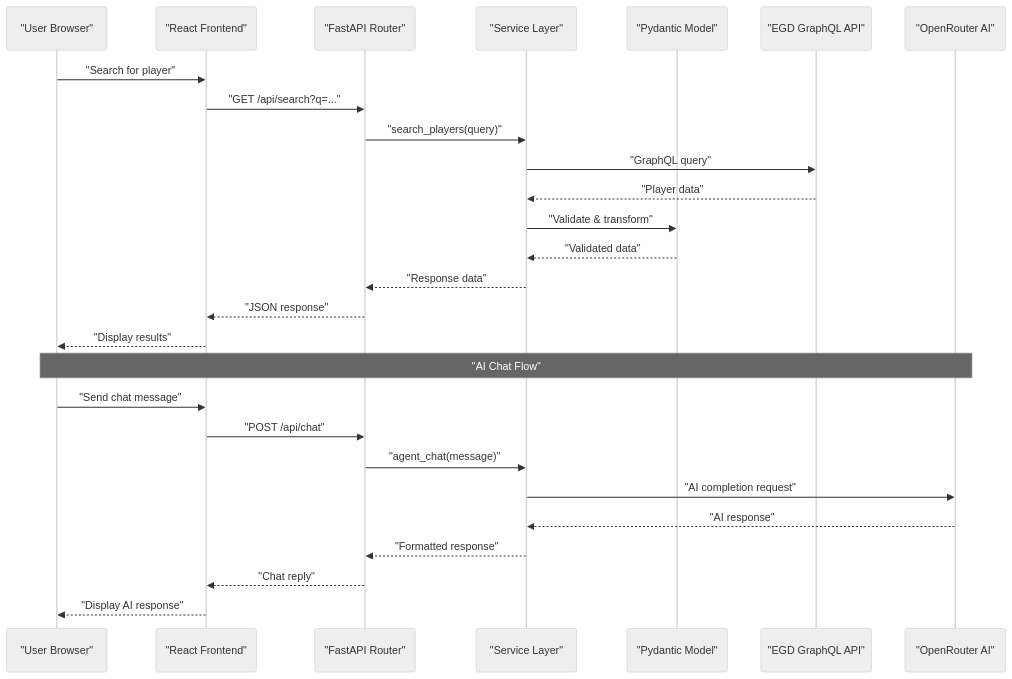
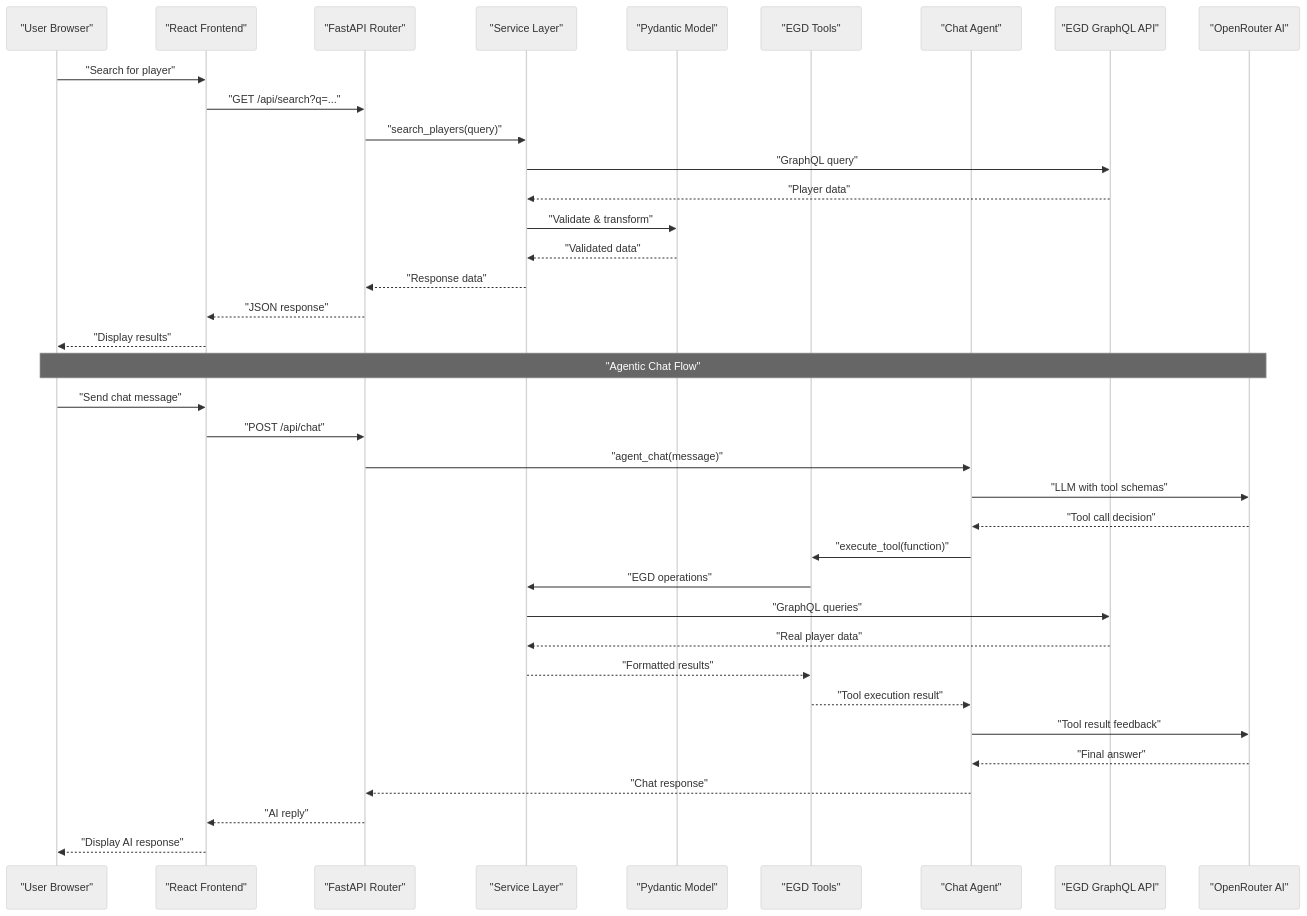
One commit to Ragnar1999/GoNow changed the second of 3 diagrams in .qoder/repowiki/en/content/Project Overview.md. Above: the diagram before and after it, drawn with Mermaid (neutral theme). The commit also changed other lines of this file and 10 other files, not shown here.

First line of the commit message:
docs: update all documentation with agentic chat, Makefile, and agent design research

````diff
--- a/.qoder/repowiki/en/content/Project Overview.md
+++ b/.qoder/repowiki/en/content/Project Overview.md
@@ -114,29 +125,39 @@
 ```mermaid
 sequenceDiagram
 participant User as "User Browser"
 participant React as "React Frontend"
 participant Router as "FastAPI Router"
 participant Service as "Service Layer"
 participant Model as "Pydantic Model"
+participant Tool as "EGD Tools"
+participant Agent as "Chat Agent"
 participant EGD as "EGD GraphQL API"
 participant OpenRouter as "OpenRouter AI"
 User->>React : "Search for player"
 React->>Router : "GET /api/search?q=..."
 Router->>Service : "search_players(query)"
 Service->>EGD : "GraphQL query"
 EGD-->>Service : "Player data"
 Service->>Model : "Validate & transform"
 Model-->>Service : "Validated data"
 Service-->>Router : "Response data"
 Router-->>React : "JSON response"
 React-->>User : "Display results"
-Note over User,OpenRouter : "AI Chat Flow"
+Note over User,OpenRouter : "Agentic Chat Flow"
 User->>React : "Send chat message"
 React->>Router : "POST /api/chat"
-Router->>Service : "agent_chat(message)"
-Service->>OpenRouter : "AI completion request"
-OpenRouter-->>Service : "AI response"
-Service-->>Router : "Formatted response"
-Router-->>React : "Chat reply"
+Router->>Agent : "agent_chat(message)"
+Agent->>OpenRouter : "LLM with tool schemas"
+OpenRouter-->>Agent : "Tool call decision"
+Agent->>Tool : "execute_tool(function)"
+Tool->>Service : "EGD operations"
+Service->>EGD : "GraphQL queries"
+EGD-->>Service : "Real player data"
+Service-->>Tool : "Formatted results"
+Tool-->>Agent : "Tool execution result"
+Agent->>OpenRouter : "Tool result feedback"
+OpenRouter-->>Agent : "Final answer"
+Agent-->>Router : "Chat response"
+Router-->>React : "AI reply"
 React-->>User : "Display AI response"
 ```
````
